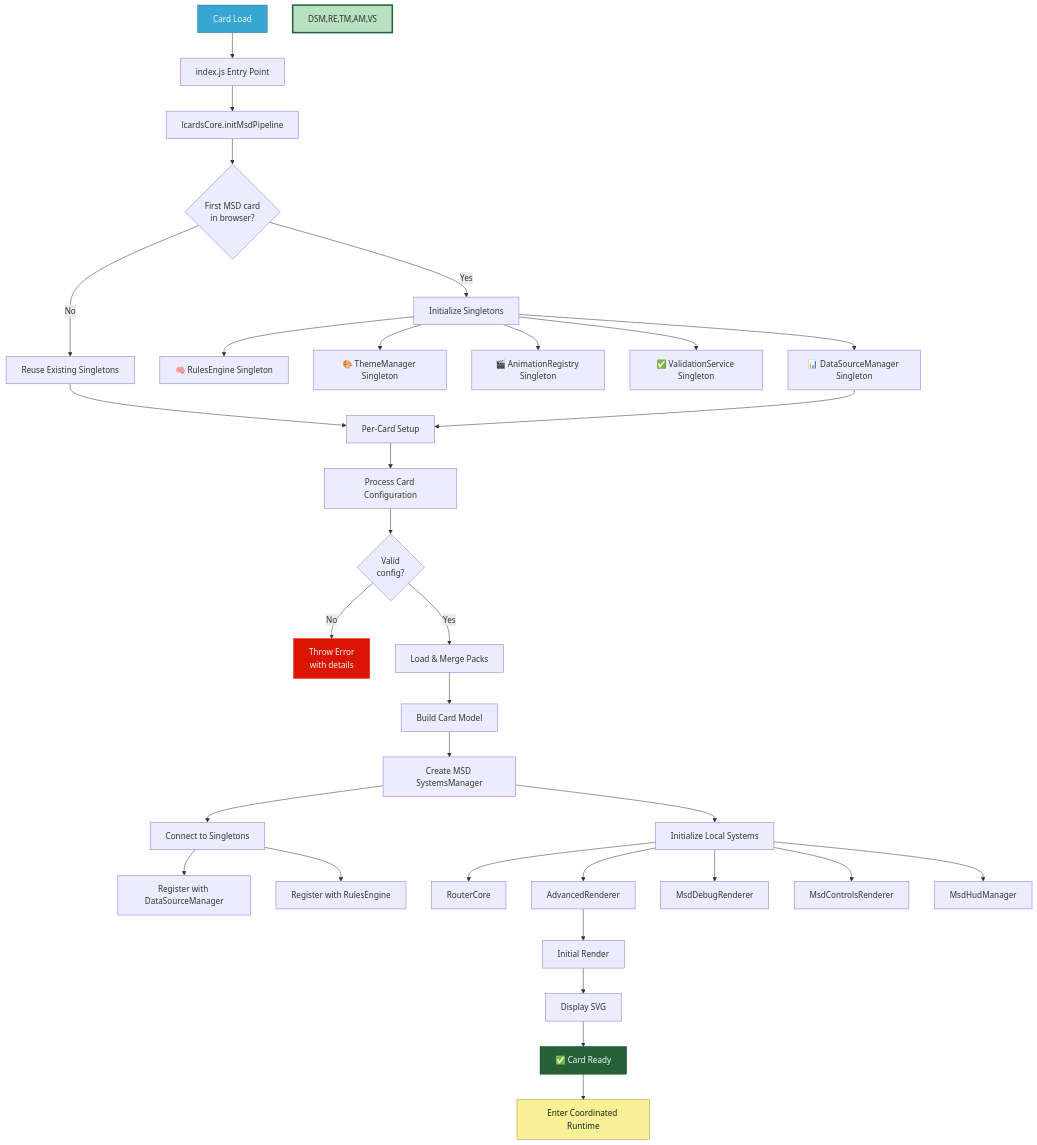
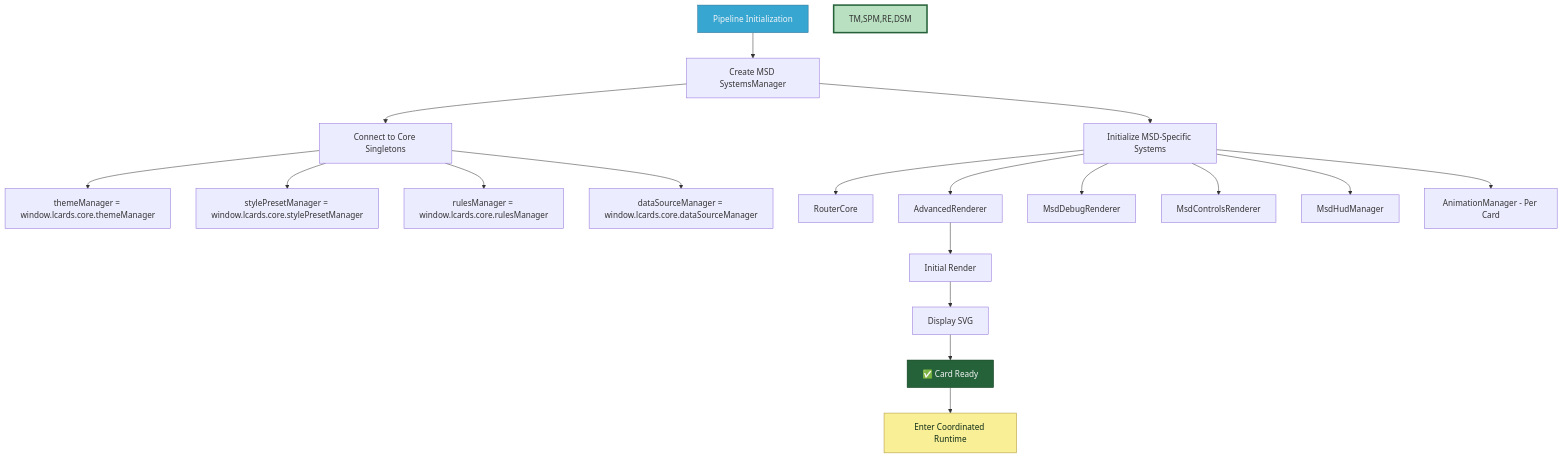
Before and after one commit to snootched/lcards: the sixth of 11 diagrams in doc/architecture/diagrams/msd-flow-part-1.md, drawn with Mermaid. The commit also changed other lines of this file and 2 other files, not shown here.

Commit message:
Fix MSD flow documentation: update diagrams and text sections

````diff
--- a/doc/architecture/diagrams/msd-flow-part-1.md
+++ b/doc/architecture/diagrams/msd-flow-part-1.md
@@ -250,49 +356,29 @@
 ```mermaid
 graph TD
-    Start[Card Load] --> Entry[index.js Entry Point]
-    Entry --> Core[lcardsCore.initMsdPipeline]
+    Start[Pipeline Initialization] --> MSM[Create MSD SystemsManager]
 
-    Core --> FirstCard{First MSD card<br/>in browser?}
+    MSM --> ConnectSingletons[Connect to Core Singletons]
+    ConnectSingletons --> TM[themeManager = window.lcards.core.themeManager]
+    ConnectSingletons --> SPM[stylePresetManager = window.lcards.core.stylePresetManager]
+    ConnectSingletons --> RE[rulesManager = window.lcards.core.rulesManager]
+    ConnectSingletons --> DSM[dataSourceManager = window.lcards.core.dataSourceManager]
 
-    FirstCard -->|Yes| InitSingletons[Initialize Singletons]
-    InitSingletons --> DSM[📊 DataSourceManager Singleton]
-    InitSingletons --> RE[🧠 RulesEngine Singleton]
-    InitSingletons --> TM[🎨 ThemeManager Singleton]
-    InitSingletons --> AR[🎬 AnimationRegistry Singleton]
-    InitSingletons --> VS[✅ ValidationService Singleton]
-
-    FirstCard -->|No| ReuseSingletons[Reuse Existing Singletons]
-    ReuseSingletons --> CardSetup
-    DSM --> CardSetup[Per-Card Setup]
-
-    CardSetup --> Config[Process Card Configuration]
-    Config --> Valid{Valid<br/>config?}
-    Valid -->|No| Error[Throw Error<br/>with details]
-    Valid -->|Yes| Packs[Load & Merge Packs]
-
-    Packs --> Model[Build Card Model]
-    Model --> MSM[Create MSD SystemsManager]
-
-    MSM --> ConnectSingletons[Connect to Singletons]
-    ConnectSingletons --> RegisterDS[Register with DataSourceManager]
-    ConnectSingletons --> RegisterRE[Register with RulesEngine]
-
-    MSM --> LocalSystems[Initialize Local Systems]
+    MSM --> LocalSystems[Initialize MSD-Specific Systems]
     LocalSystems --> Router[RouterCore]
     LocalSystems --> Renderer[AdvancedRenderer]
     LocalSystems --> Debug[MsdDebugRenderer]
     LocalSystems --> Controls[MsdControlsRenderer]
     LocalSystems --> HUD[MsdHudManager]
+    LocalSystems --> Anim[AnimationManager - Per Card]
 
     Renderer --> Initial[Initial Render]
     Initial --> Display[Display SVG]
     Display --> Ready[✅ Card Ready]
 
     Ready --> Runtime[Enter Coordinated Runtime]
 
     style Start fill:#37a6d1,stroke:#2a7193,color:#f3f4f7
-    style Error fill:#d91604,stroke:#ef1d10,color:#f3f4f7
     style Ready fill:#266239,stroke:#083717,color:#f3f4f7
     style Runtime fill:#f9ef97,stroke:#ac943b,color:#0c2a15
-    style DSM,RE,TM,AM,VS fill:#b8e0c1,stroke:#266239,stroke-width:3px
+    style TM,SPM,RE,DSM fill:#b8e0c1,stroke:#266239,stroke-width:3px
 ```
````
